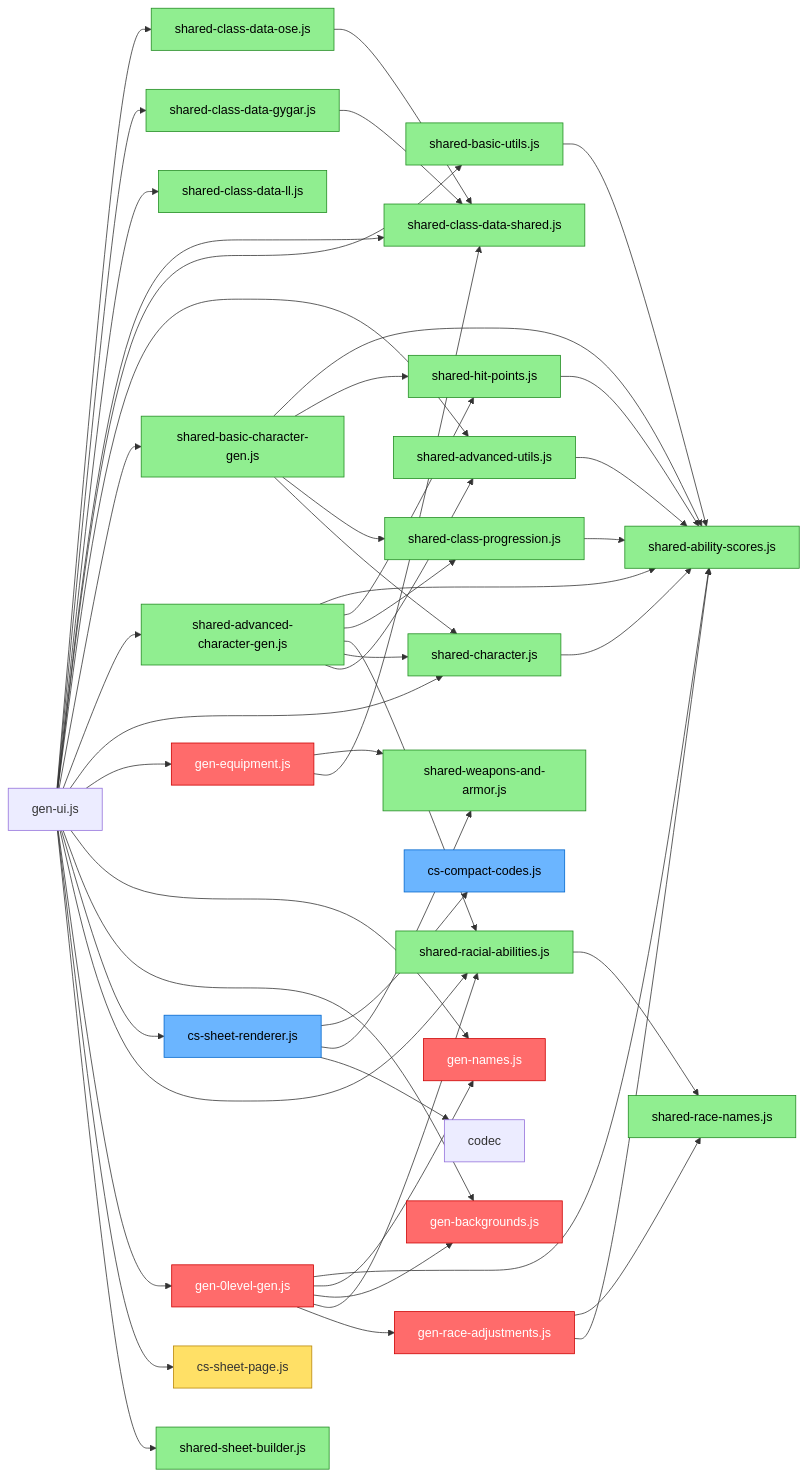
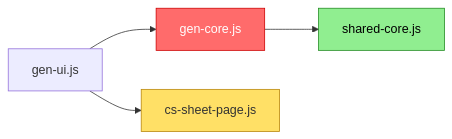
Before and after one commit to bmfrosty/ose-level-0: the second of 2 diagrams in FLOWCHART.md, drawn with Mermaid. The commit also changed other lines of this file and 37 other files, not shown here.

````diff
--- a/FLOWCHART.md
+++ b/FLOWCHART.md
@@ -110,91 +53,22 @@
 
     genui["gen-ui.js"]
 
+    %% green — shared-core.js (reached via gen-core.js)
+    core["shared-core.js"]
+
+    %% red — gen-ui.js flow only
+    gencore["gen-core.js"]
+
+    %% yellow — present but not expanded (root of other diagram)
     csjs["cs-sheet-page.js"]
-    basicgen["shared-basic-character-gen.js"]
-    advgen["shared-advanced-character-gen.js"]
-    zgen["gen-0level-gen.js"]
-    basicutils["shared-basic-utils.js"]
-    advutils["shared-advanced-utils.js"]
-    clsprog["shared-class-progression.js"]
-    char["shared-character.js"]
-    hp["shared-hit-points.js"]
-    racadj["gen-race-adjustments.js"]
-    racial["shared-racial-abilities.js"]
-    racenames["shared-race-names.js"]
-    eq["gen-equipment.js"]
-    names["gen-names.js"]
-    bg["gen-backgrounds.js"]
-    abilsc["shared-ability-scores.js"]
-    sheetbuilder["shared-sheet-builder.js"]
-    charsheetjs["cs-sheet-renderer.js"]
-    compact["cs-compact-codes.js"]
-    wa["shared-weapons-and-armor.js"]
-    cdshared["shared-class-data-shared.js"]
-    cdose["shared-class-data-ose.js"]
-    cdgygar["shared-class-data-gygar.js"]
-    cdll["shared-class-data-ll.js"]
 
-    class basicgen,advgen,basicutils,advutils,clsprog,char,hp,racial,racenames,abilsc,sheetbuilder,wa,cdshared,cdose,cdgygar,cdll shared
-    class zgen,racadj,eq,names,bg genOnly
-    class charsheetjs,compact csOnly
+    class core shared
+    class gencore genOnly
     style csjs fill:#ffe066,stroke:#b8860b,color:#333
 
     %% gen-ui.js static imports
-    genui --> cdose
-    genui --> cdgygar
-    genui --> cdll
-    genui --> cdshared
-    genui --> basicutils
-    genui --> advutils
-    genui --> basicgen
-    genui --> advgen
-    genui --> char
-    genui --> eq
-    genui --> names
-    genui --> bg
-    genui --> charsheetjs
-    genui --> racial
-    genui --> zgen
+    genui --> gencore
     genui --> csjs
-    genui --> sheetbuilder
 
-    %% cs-sheet-renderer.js — not expanded here; gen-ui.js uses it for inline preview only
-    charsheetjs --> compact
-    charsheetjs --> wa
-    charsheetjs --> codec
-
-    cdose   --> cdshared
-    cdgygar --> cdshared
-
-    basicgen --> abilsc
-    basicgen --> hp
-    basicgen --> clsprog
-    basicgen --> char
-
-    advgen --> abilsc
-    advgen --> hp
-    advgen --> clsprog
-    advgen --> racial
-    advgen --> char
-    advgen --> advutils
-
-    zgen --> abilsc
-    zgen --> names
-    zgen --> bg
-    zgen --> racial
-    zgen --> racadj
-
-    basicutils --> abilsc
-    advutils   --> abilsc
-    clsprog    --> abilsc
-    char       --> abilsc
-    hp         --> abilsc
-
-    racadj --> racenames
-    racadj --> abilsc
-    racial --> racenames
-
-    eq --> wa
-    eq --> cdshared
+    gencore --> core
 ```
````
